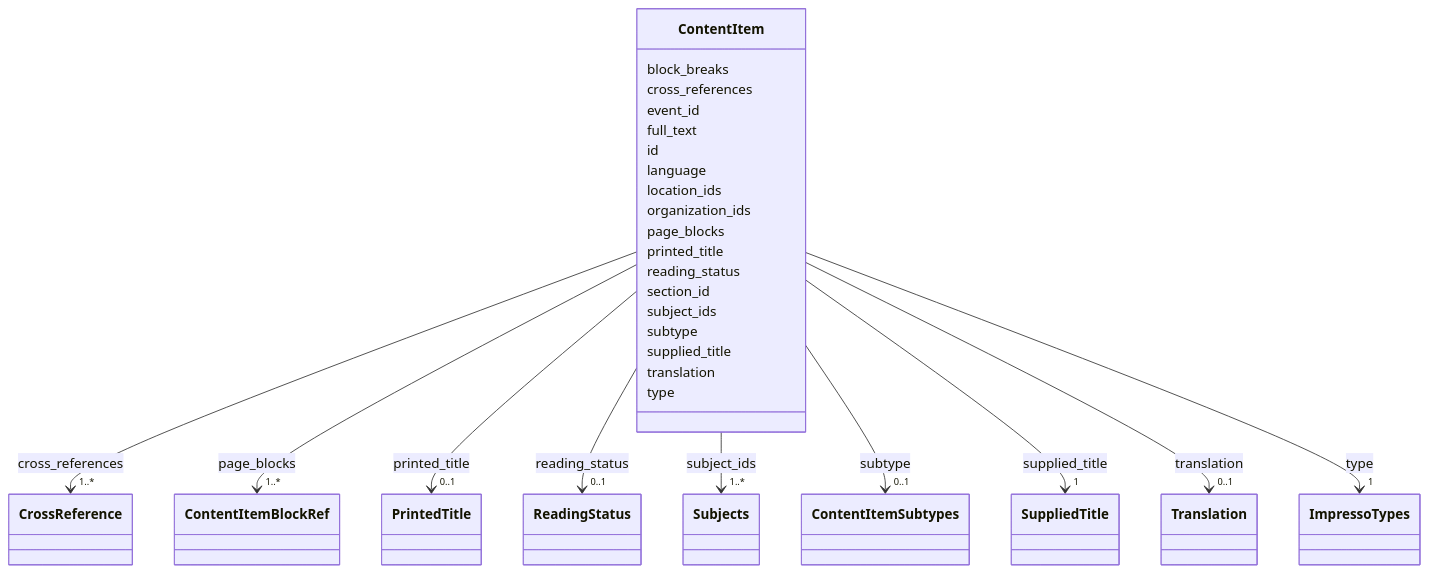
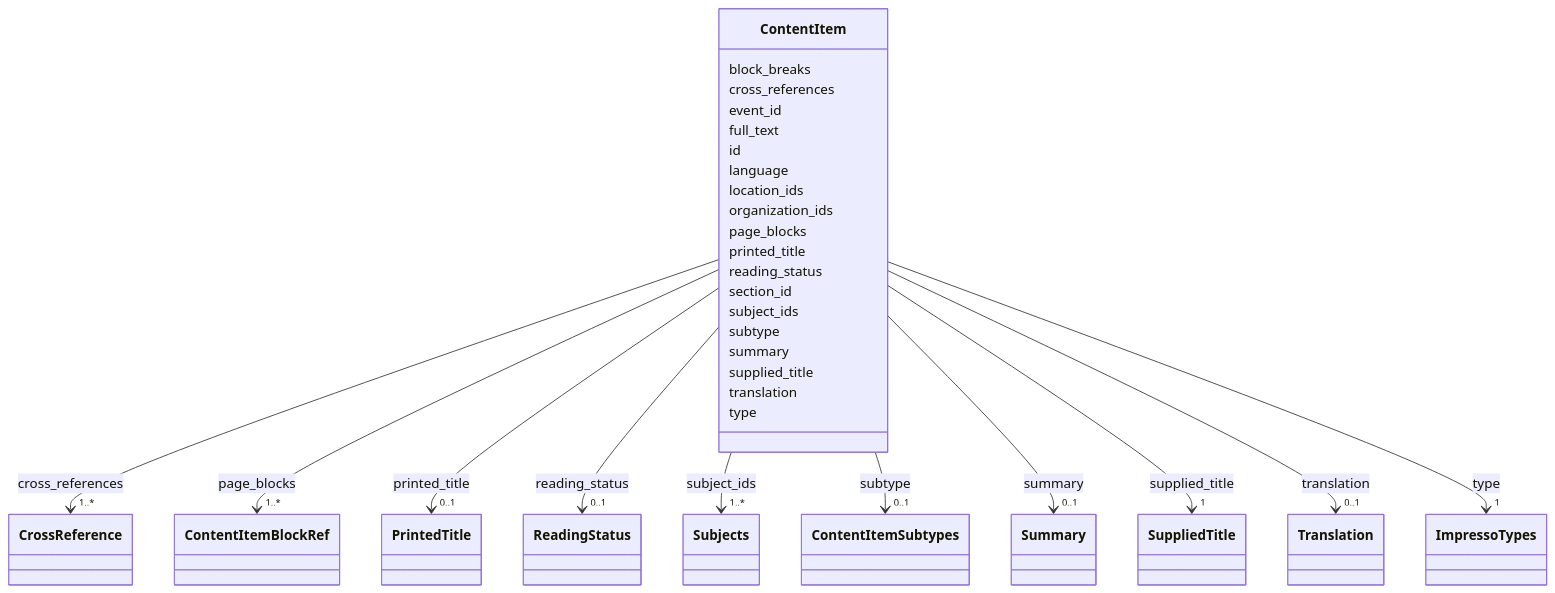
The diagram in linkml/generated/docs/content_items/ContentItem.md (dsmedia/pruzhany-schema), drawn with Mermaid before and after one commit. The commit also changed other lines of this file and 61 other files, not shown here.

```diff
--- a/linkml/generated/docs/content_items/ContentItem.md
+++ b/linkml/generated/docs/content_items/ContentItem.md
@@ -106,6 +106,17 @@
     
 
         
+      ContentItem : summary
+        
+          
+    
+        
+        
+        ContentItem --> "0..1" Summary : summary
+        click Summary href "../Summary/"
+    
+
+        
       ContentItem : supplied_title
         
           
```
